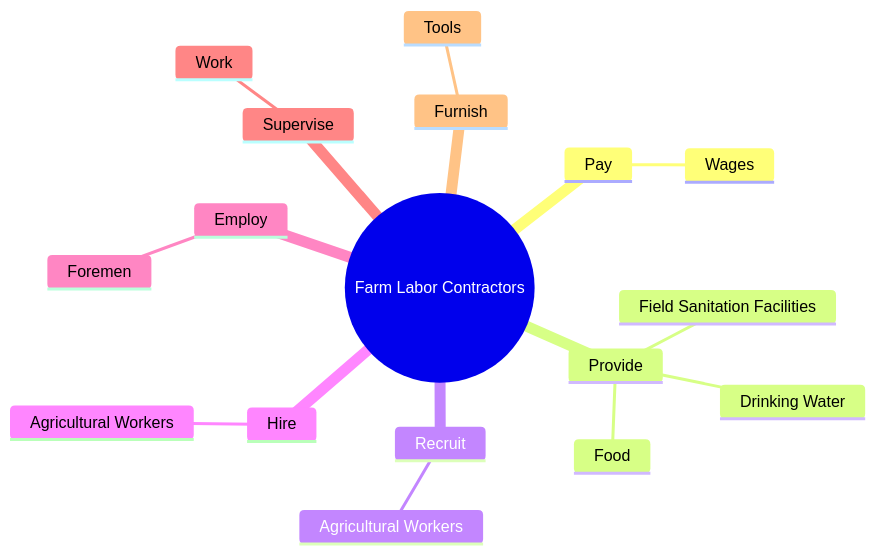
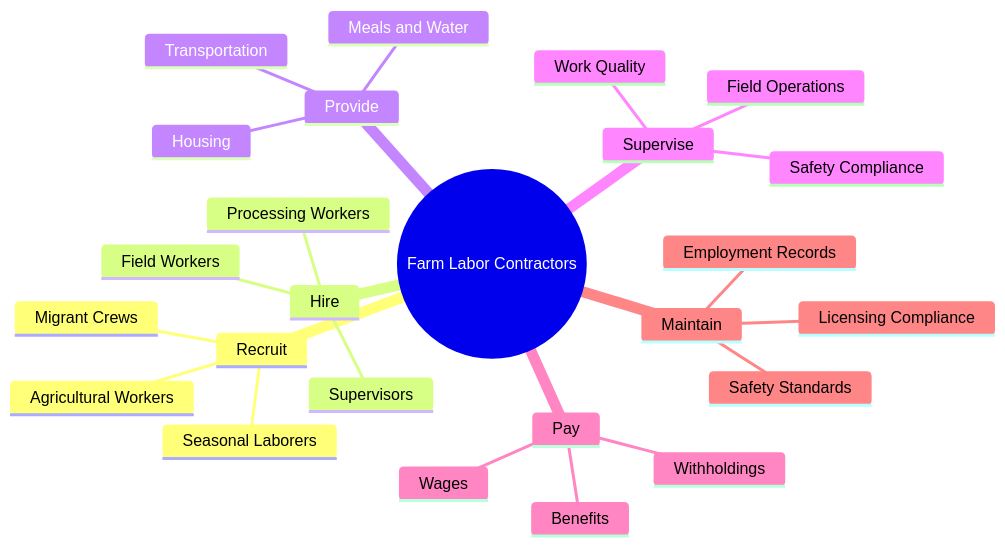
One commit to kziemski/business.org.ai changed the second of 4 diagrams in occupations/Business/FarmLaborContractors.mdx. Above: the diagram before and after it, drawn with Mermaid. The commit also changed other lines of this file and 938 other files, not shown here.

````diff
--- a/occupations/Business/FarmLaborContractors.mdx
+++ b/occupations/Business/FarmLaborContractors.mdx
@@ -37,20 +48,28 @@
 ```mermaid
 mindmap
     root(("Farm Labor Contractors"))
+        Recruit
+            Agricultural Workers
+            Seasonal Laborers
+            Migrant Crews
+        Hire
+            Field Workers
+            Processing Workers
+            Supervisors
+        Provide
+            Transportation
+            Housing
+            Meals and Water
+        Supervise
+            Field Operations
+            Work Quality
+            Safety Compliance
         Pay
             Wages
-        Provide
-            Food
-            Drinking Water
-            Field Sanitation Facilities
-        Recruit
-            Agricultural Workers
-        Hire
-            Agricultural Workers
-        Employ
-            Foremen
-        Supervise
-            Work
-        Furnish
-            Tools
+            Benefits
+            Withholdings
+        Maintain
+            Employment Records
+            Licensing Compliance
+            Safety Standards
 ```
````
